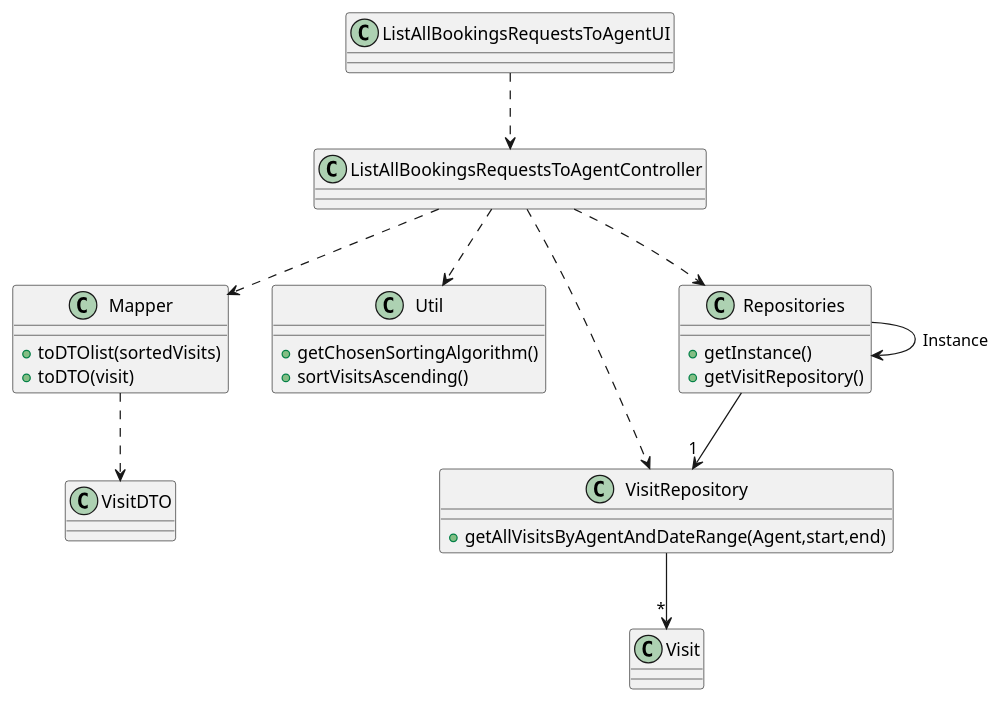
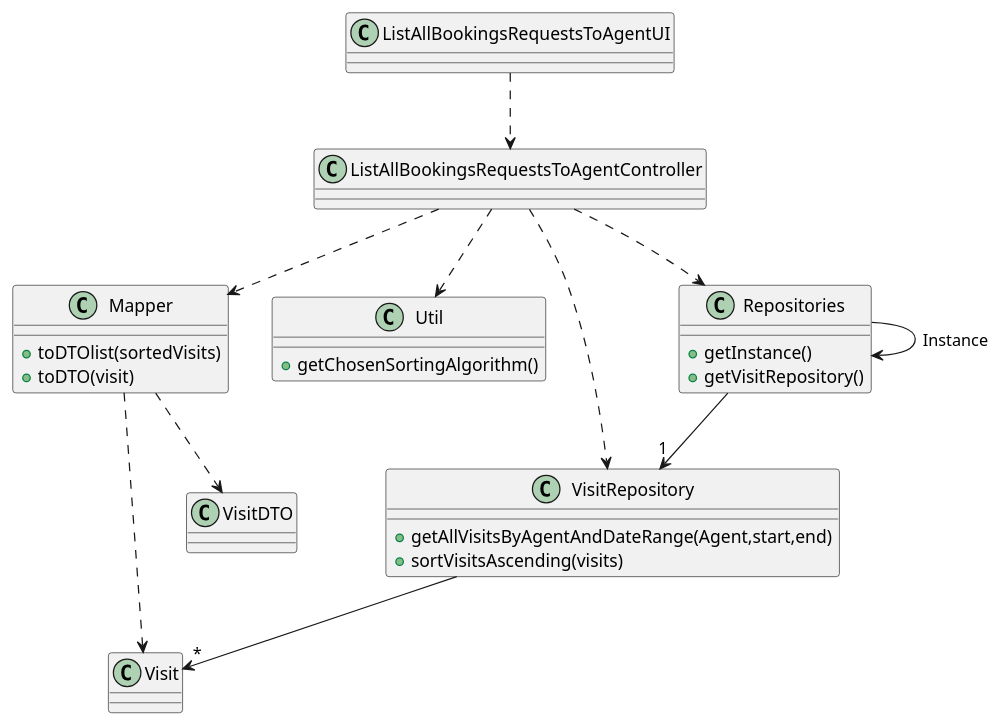
The diagram in docs/sprintD/US015/03.design/puml/US015_CD.puml (tiagohcorreia/LAPR2), drawn with PlantUML before and after one commit. The commit also changed 3 other files, not shown here.

```diff
--- a/docs/sprintD/US015/03.design/puml/US015_CD.puml
+++ b/docs/sprintD/US015/03.design/puml/US015_CD.puml
@@ -1,73 +1,75 @@
 @startuml
 
 class Visit {
   
 }
 
 class Mapper {
   
     +toDTOlist(sortedVisits)
     +toDTO(visit)
 
 }
 
 class VisitDTO {
   
 }
 
 class Util {
   
     +getChosenSortingAlgorithm()
-    +sortVisitsAscending()
+    
 
 }
 
 
 class ListAllBookingsRequestsToAgentUI {
 
     
 
 }
 
 class ListAllBookingsRequestsToAgentController {
 
   
 }
 
 class VisitRepository {
 
     +getAllVisitsByAgentAndDateRange(Agent,start,end)
-    
+    +sortVisitsAscending(visits)
+
 }
 
 
 
 
 class Repositories {
 
     +getInstance()
     +getVisitRepository()
 
 }
 
 
 ListAllBookingsRequestsToAgentUI -[dashed]-> ListAllBookingsRequestsToAgentController
 ListAllBookingsRequestsToAgentController-[dashed]-> Repositories
 ListAllBookingsRequestsToAgentController-[dashed]-> VisitRepository
 ListAllBookingsRequestsToAgentController-[dashed]-> Mapper
 ListAllBookingsRequestsToAgentController-[dashed]-> Util
 Mapper -[dashed]-> VisitDTO
+Mapper -[dashed]-> Visit
 
 
 VisitRepository -down-> "*" Visit
 
 Repositories --> Repositories: Instance
 
 Repositories -->"1" VisitRepository
 
 
 
 
 
 
 @enduml
```
